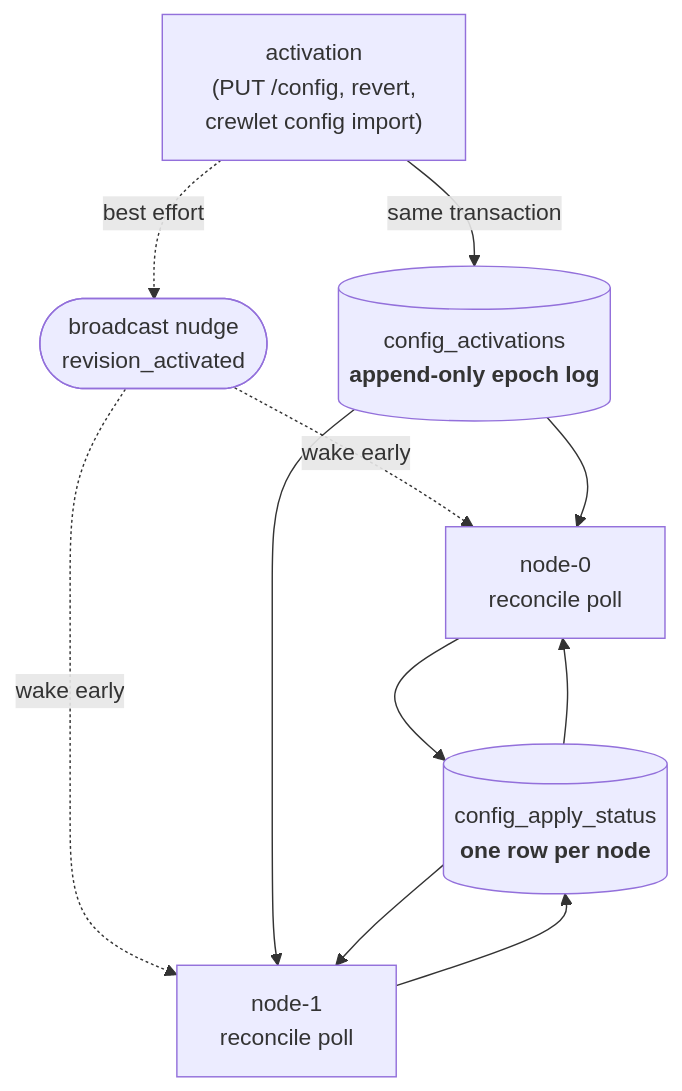
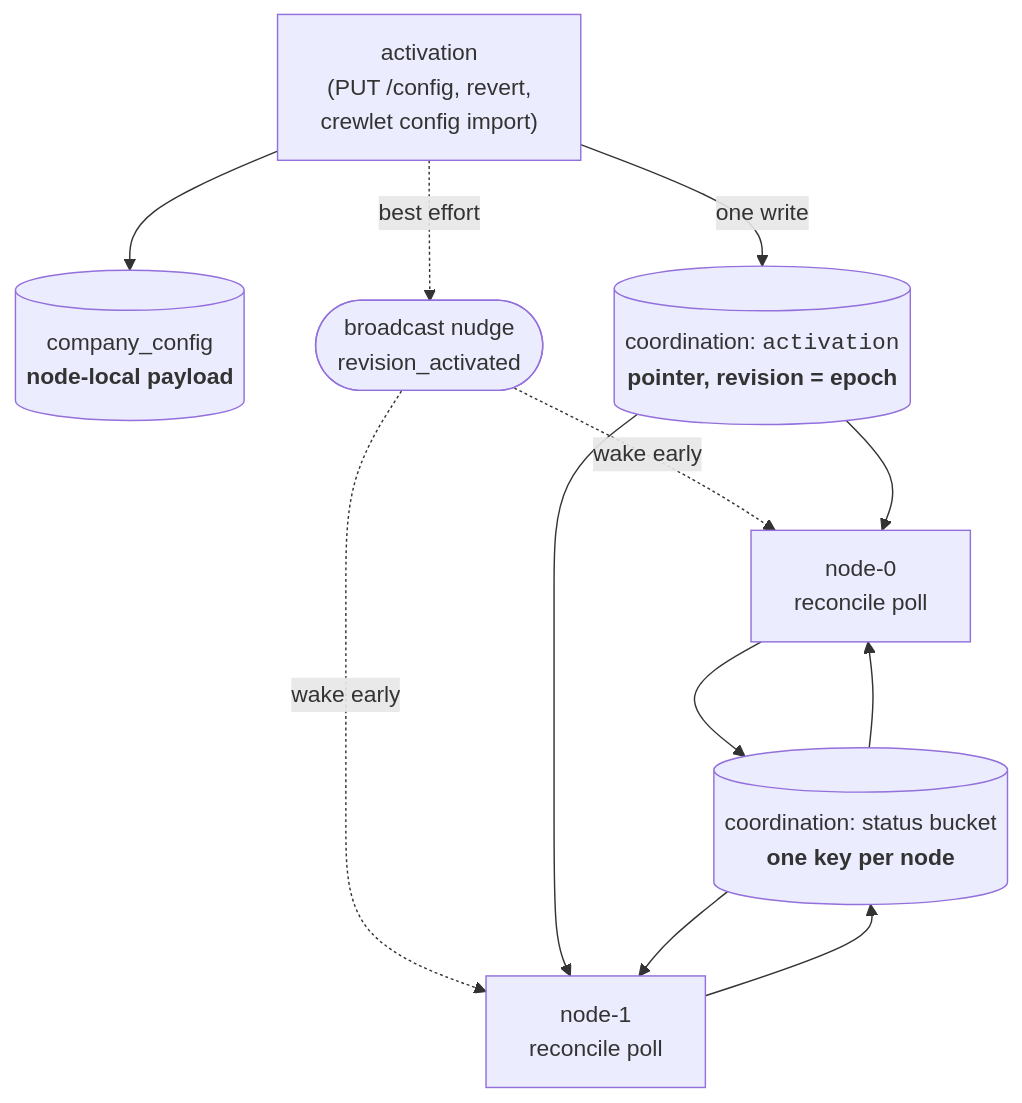
Before and after one commit to crewlet/crewlet: the first of 2 diagrams in docs/concepts/control-plane.md, drawn with Mermaid. The commit also changed other lines of this file and 55 other files, not shown here.

````diff
--- a/docs/concepts/control-plane.md
+++ b/docs/concepts/control-plane.md
@@ -24,19 +24,21 @@
 ```mermaid
 flowchart TD
     ACT["activation<br/>(PUT /config, revert,<br/>crewlet config import)"]
-    LOG[("config_activations<br/><b>append-only epoch log</b>")]
+    DB[("company_config<br/><b>node-local payload</b>")]
+    PTR[("coordination: <code>activation</code><br/><b>pointer, revision = epoch</b>")]
     NUDGE(["broadcast nudge<br/>revision_activated"])
     N1["node-0<br/>reconcile poll"]
     N2["node-1<br/>reconcile poll"]
-    STATUS[("config_apply_status<br/><b>one row per node</b>")]
-    ACT -->|same transaction| LOG
+    STATUS[("coordination: status bucket<br/><b>one key per node</b>")]
+    ACT --> DB
+    ACT -->|one write| PTR
     ACT -.->|best effort| NUDGE
     NUDGE -.->|wake early| N1
     NUDGE -.->|wake early| N2
-    LOG --> N1
-    LOG --> N2
+    PTR --> N1
+    PTR --> N2
     N1 --> STATUS
     N2 --> STATUS
     STATUS --> N1
     STATUS --> N2
 ```
````
